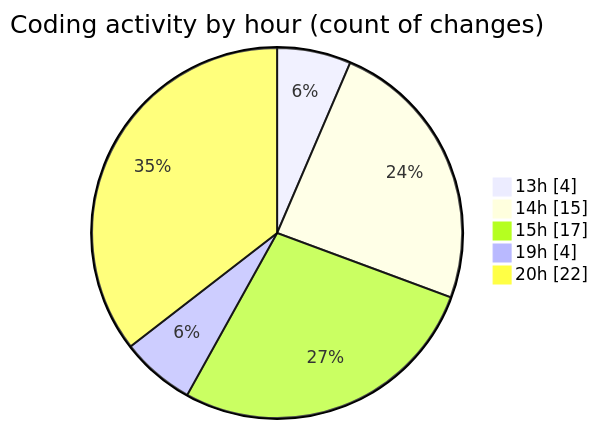
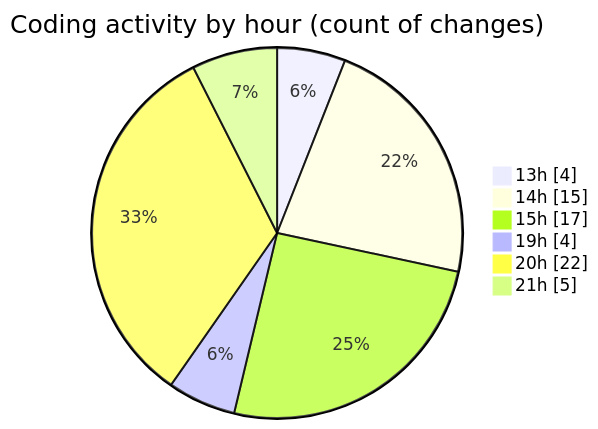
One commit to Ritupan-Deka/code-tracking changed the second of 2 diagrams in 2025-01-21/projects/README.md. Above: the diagram before and after it, drawn with Mermaid. The commit also changed other lines of this file and 1 other file, not shown here.

````diff
--- a/2025-01-21/projects/README.md
+++ b/2025-01-21/projects/README.md
@@ -42,9 +42,10 @@
 ```mermaid
 pie showData
 title Coding activity by hour (count of changes)
 "13h" : 4
 "14h" : 15
 "15h" : 17
 "19h" : 4
 "20h" : 22
+"21h" : 5
 ```
````
